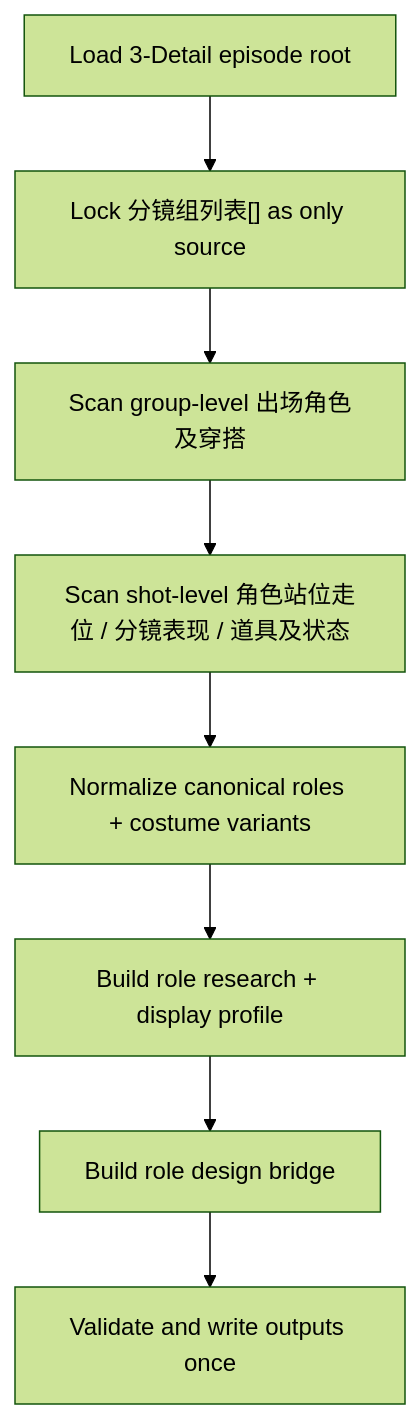
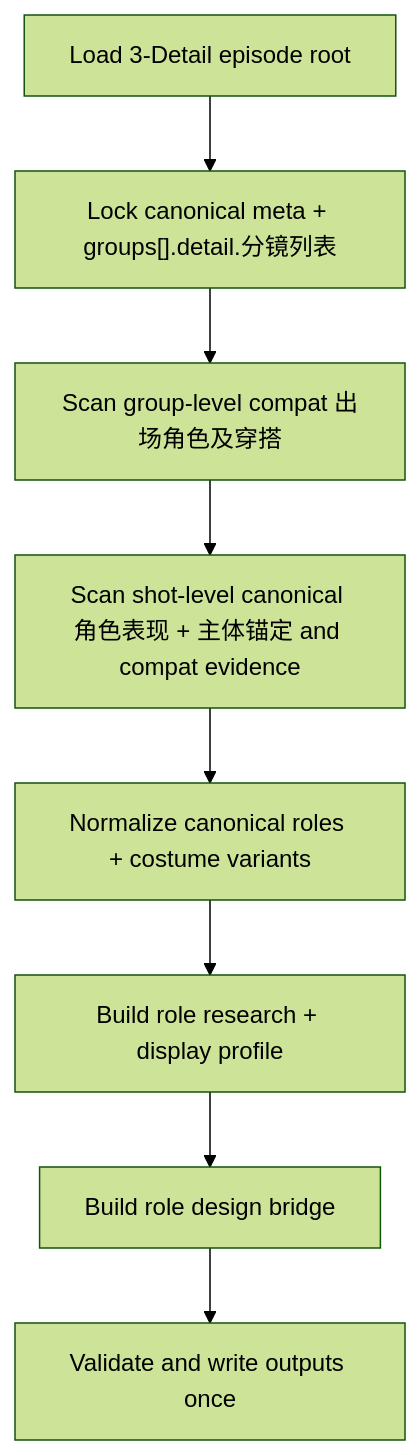
Before and after one commit to ZEN-VOID/AI-CUT: the first of 3 diagrams in .agents/skills/aigc/4-Design/1-清单/角色/SKILL.md, drawn with Mermaid (forest theme). The commit also changed other lines of this file and 362 other files, not shown here.

````diff
--- a/.agents/skills/aigc/4-Design/1-清单/角色/SKILL.md
+++ b/.agents/skills/aigc/4-Design/1-清单/角色/SKILL.md
@@ -147,10 +161,10 @@
 ```mermaid
 flowchart TD
-    A["Load 3-Detail episode root"] --> B["Lock 分镜组列表[] as only source"]
-    B --> C["Scan group-level 出场角色及穿搭"]
-    C --> D["Scan shot-level 角色站位走位 / 分镜表现 / 道具及状态"]
+    A["Load 3-Detail episode root"] --> B["Lock canonical meta + groups[].detail.分镜列表"]
+    B --> C["Scan group-level compat 出场角色及穿搭"]
+    C --> D["Scan shot-level canonical 角色表现 + 主体锚定 and compat evidence"]
     D --> E["Normalize canonical roles + costume variants"]
     E --> F["Build role research + display profile"]
     F --> G["Build role design bridge"]
     G --> H["Validate and write outputs once"]
 ```
````
